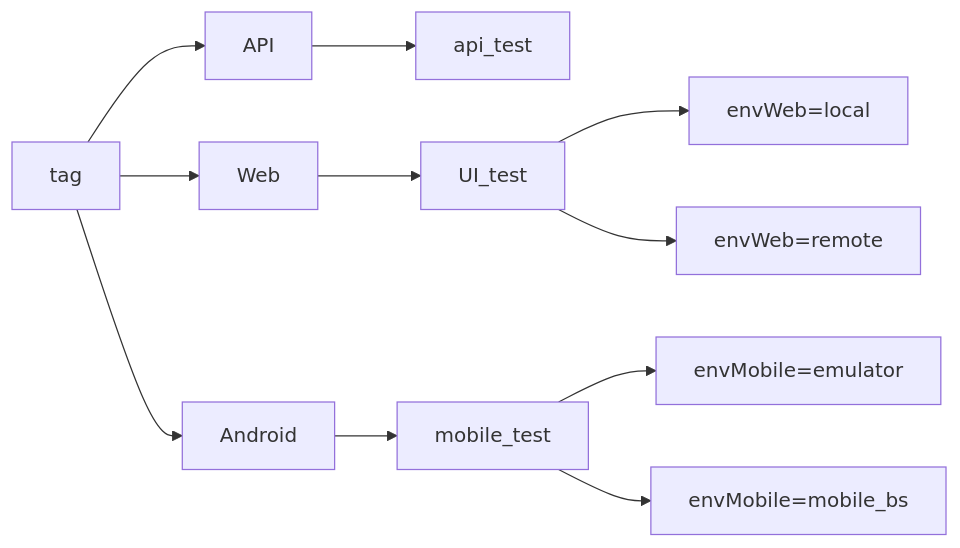
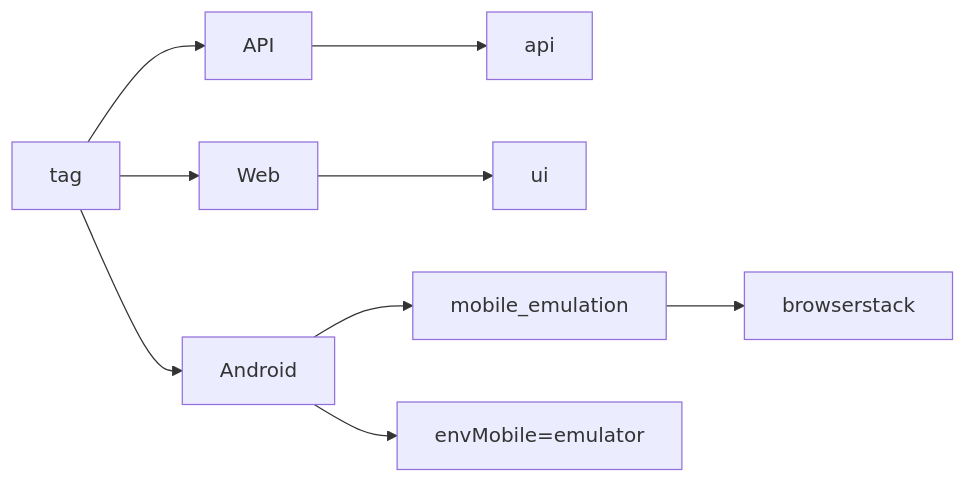
One commit to Elena-Chaplygina/TestSimpleWine changed the diagram in README.md. Above: the diagram before and after it, drawn with Mermaid. The commit also changed other lines of this file and 3 other files, not shown here.

````diff
--- a/README.md
+++ b/README.md
@@ -168,13 +165,11 @@
 ```mermaid
 graph LR
 A[tag] --> B[API]
 A --> C[Web]
 A --> D[Android]
-B --> K[api_test]
-C --> E[UI_test]
-D --> G[mobile_test]
-G --> H[envMobile=emulator]
-G --> F[envMobile=mobile_bs]
-E --> I[envWeb=local]
-E --> J[envWeb=remote]
+B --> K[api]
+C --> E[ui]
+D --> G[mobile_emulation]
+D --> H[envMobile=emulator]
+G --> F[browserstack]
 ```
````
